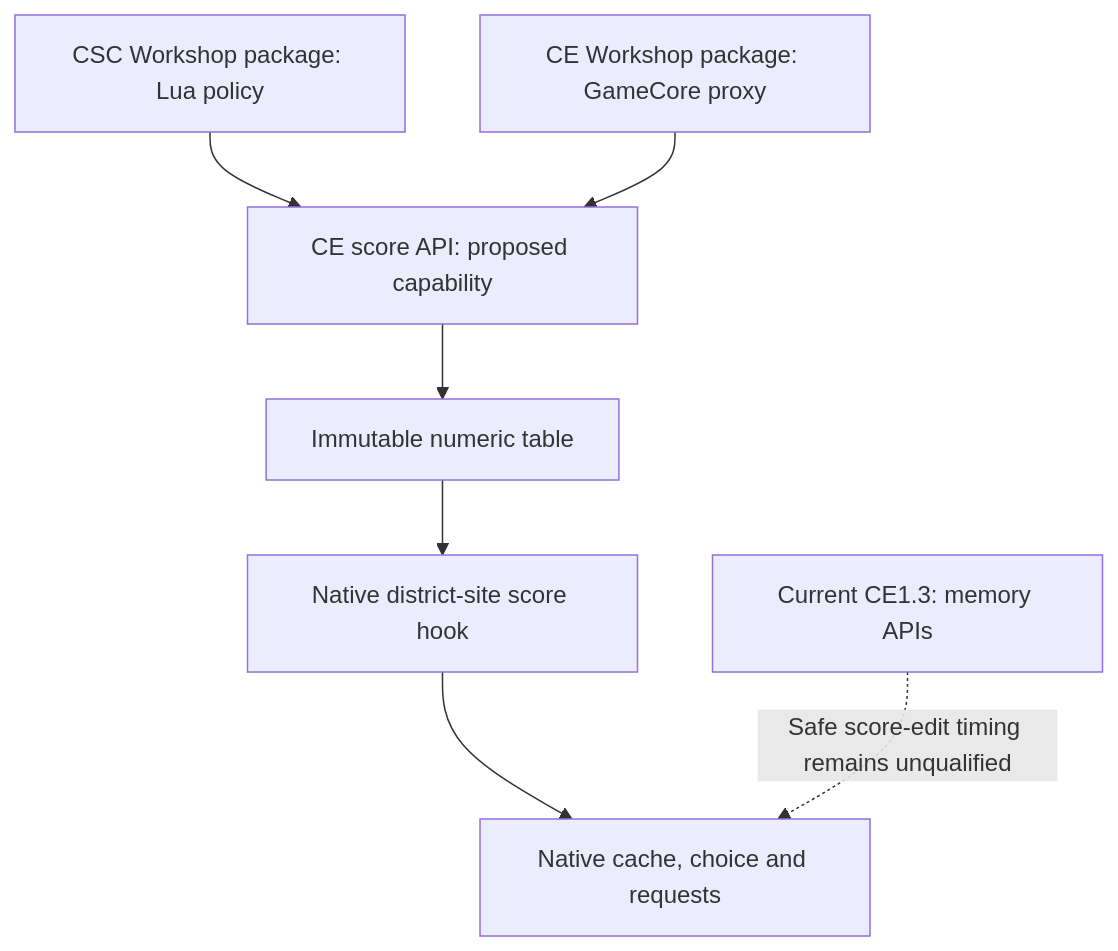
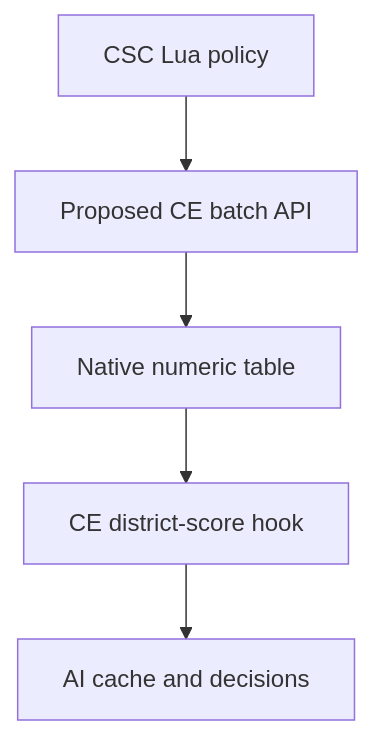
One commit to hennogous/Henno-Mods changed the diagram in project/docs/civ6-ai/topics/native/workshop-delivery.md. Above: the diagram before and after it, drawn with Mermaid.

Commit message:
Make the CE delivery diagram readable on phones

````diff
--- a/project/docs/civ6-ai/topics/native/workshop-delivery.md
+++ b/project/docs/civ6-ai/topics/native/workshop-delivery.md
@@ -16,9 +16,7 @@
 ```mermaid
 flowchart TD
-  A["CSC Workshop package: Lua policy"] --> B["CE score API: proposed capability"]
-  C["CE Workshop package: GameCore proxy"] --> B
-  B --> D["Immutable numeric table"]
-  D --> E["Native district-site score hook"]
-  E --> F["Native cache, choice and requests"]
-  G["Current CE1.3: memory APIs"] -. "Safe score-edit timing remains unqualified" .-> F
+  A["CSC Lua policy"] --> B["Proposed CE batch API"]
+  B --> C["Native numeric table"]
+  C --> D["CE district-score hook"]
+  D --> E["AI cache and decisions"]
 ```
````
